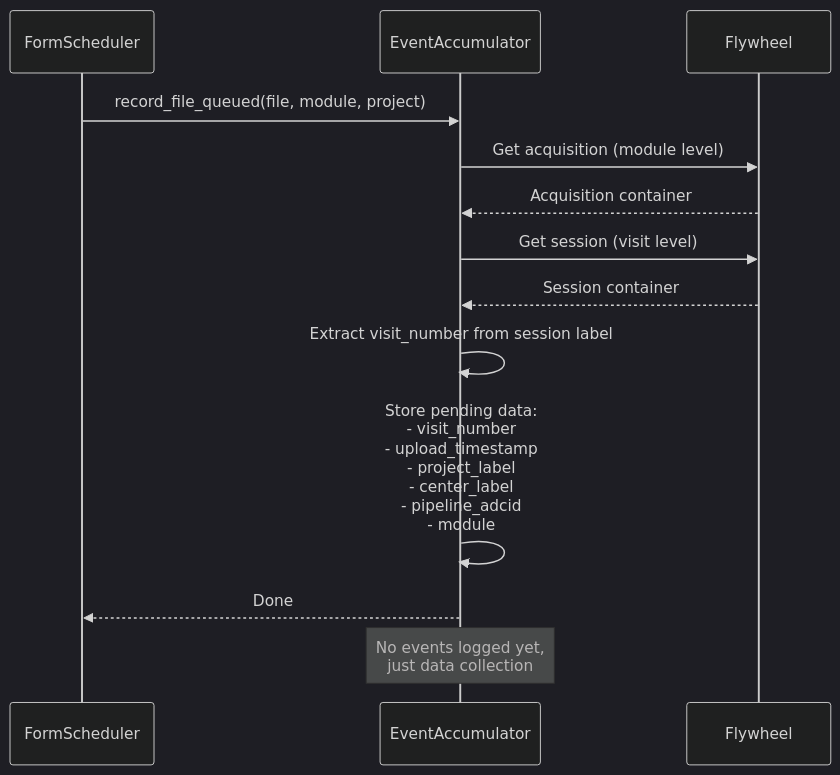
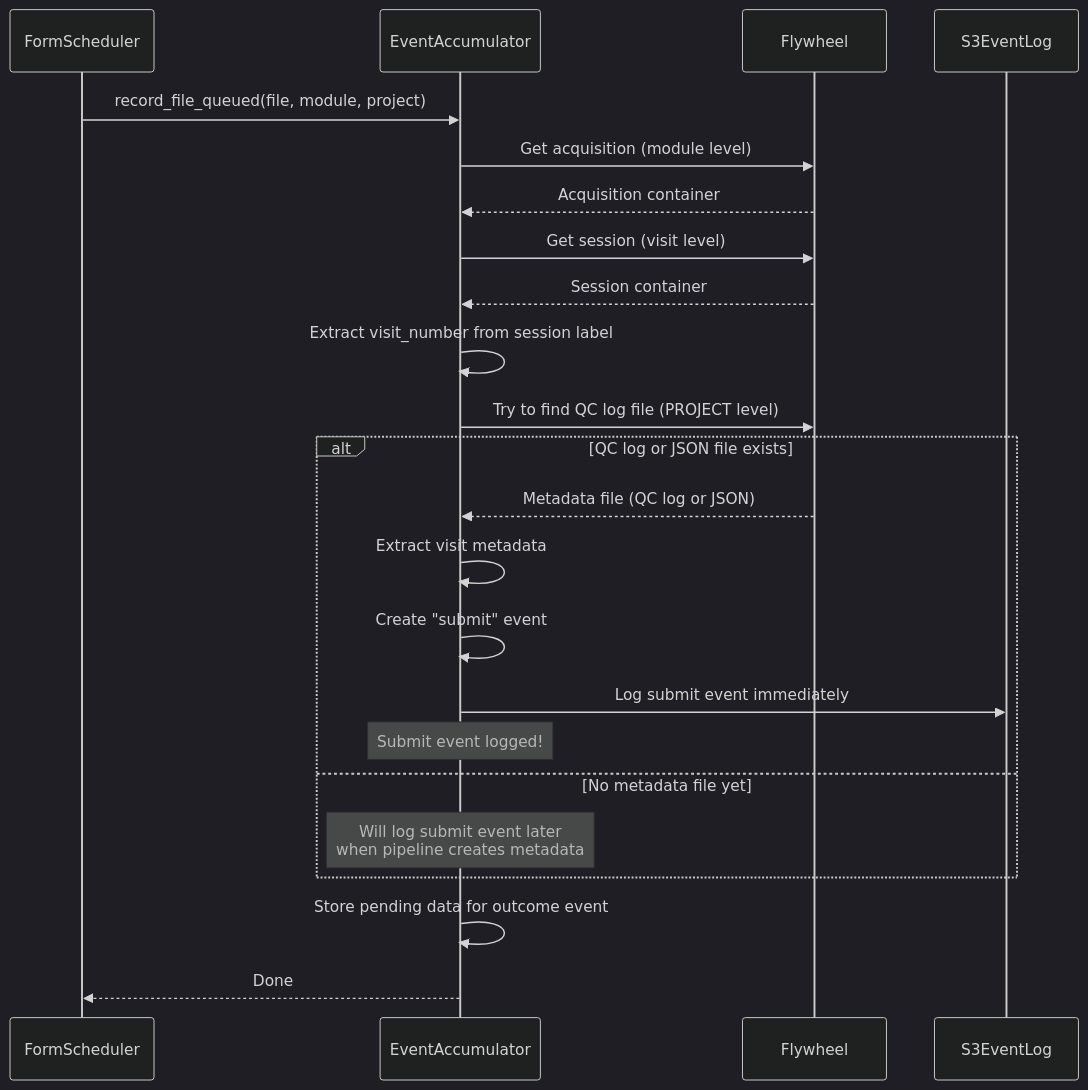
The third of 6 diagrams in docs/form_scheduler/event-logging.md (naccdata/flywheel-gear-extensions), drawn with Mermaid (dark theme) before and after one commit. The commit also changed other lines of this file, not shown here.

Commit message:
update event logging documentation

````diff
--- a/docs/form_scheduler/event-logging.md
+++ b/docs/form_scheduler/event-logging.md
@@ -167,22 +170,32 @@
 ```mermaid
 sequenceDiagram
     participant FormScheduler
     participant EventAccumulator
     participant Flywheel
+    participant S3EventLog
     
     FormScheduler->>EventAccumulator: record_file_queued(file, module, project)
     
     EventAccumulator->>Flywheel: Get acquisition (module level)
     Flywheel-->>EventAccumulator: Acquisition container
     
     EventAccumulator->>Flywheel: Get session (visit level)
     Flywheel-->>EventAccumulator: Session container
     
     EventAccumulator->>EventAccumulator: Extract visit_number from session label
     
-    EventAccumulator->>EventAccumulator: Store pending data:<br/>- visit_number<br/>- upload_timestamp<br/>- project_label<br/>- center_label<br/>- pipeline_adcid<br/>- module
+    EventAccumulator->>Flywheel: Try to find QC log file (PROJECT level)
     
+    alt QC log or JSON file exists
+        Flywheel-->>EventAccumulator: Metadata file (QC log or JSON)
+        EventAccumulator->>EventAccumulator: Extract visit metadata
+        EventAccumulator->>EventAccumulator: Create "submit" event
+        EventAccumulator->>S3EventLog: Log submit event immediately
+        Note over EventAccumulator: Submit event logged!
+    else No metadata file yet
+        Note over EventAccumulator: Will log submit event later<br/>when pipeline creates metadata
+    end
+    
+    EventAccumulator->>EventAccumulator: Store pending data for outcome event
     EventAccumulator-->>FormScheduler: Done
-    
-    Note over EventAccumulator: No events logged yet,<br/>just data collection
 ```
````
